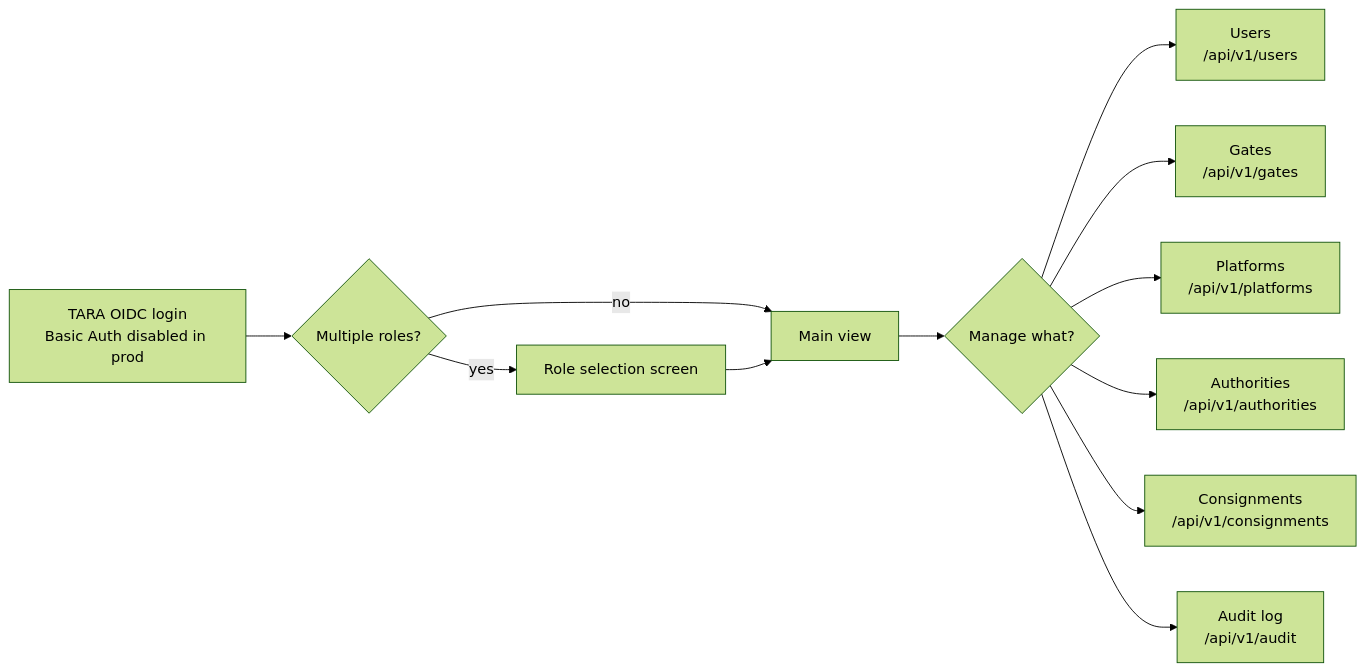
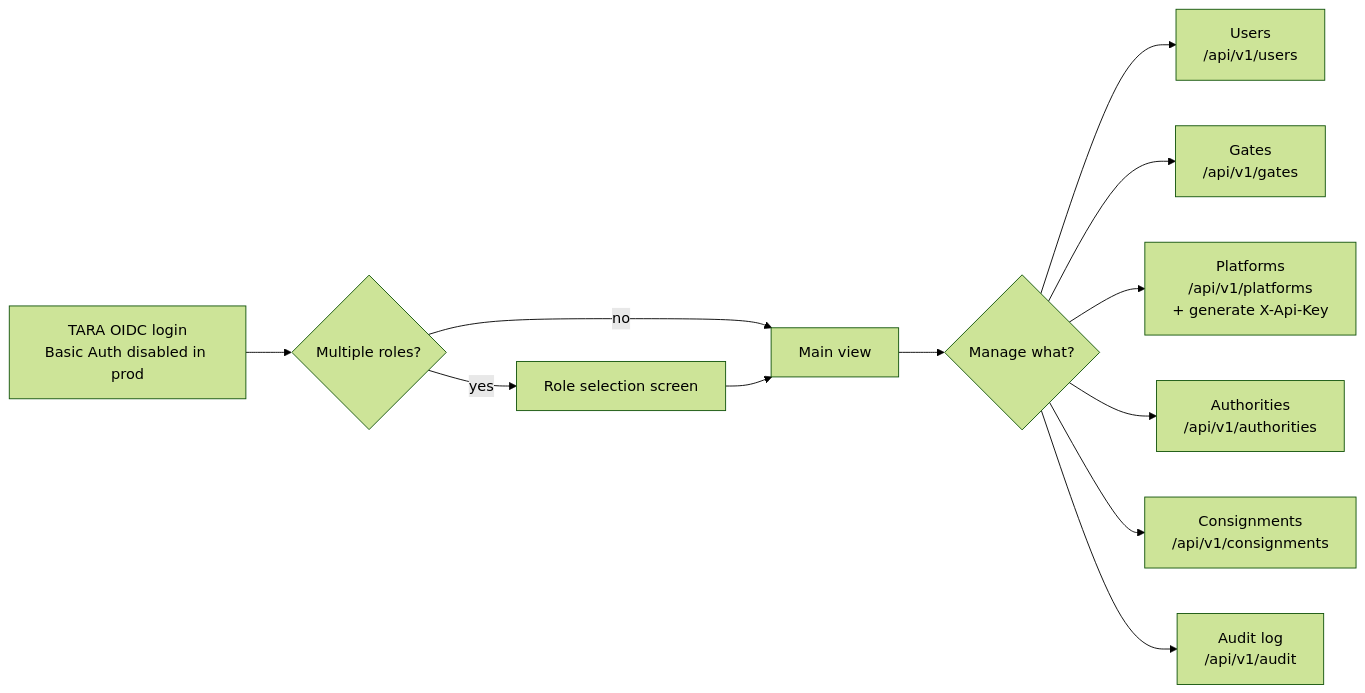
The diagram in docs/architecture/user-interfaces/admin_ui.md (kemit-ee/efti-gate-ee), drawn with Mermaid (forest theme) before and after one commit. The commit also changed other lines of this file and 5 other files, not shown here.

First line of the commit message:
Docs: m2m split + platform API key across specs and architecture

````diff
--- a/docs/architecture/user-interfaces/admin_ui.md
+++ b/docs/architecture/user-interfaces/admin_ui.md
@@ -11,14 +11,14 @@
 ```mermaid
 flowchart LR
     Login[TARA OIDC login<br/>Basic Auth disabled in prod] --> Roles{Multiple roles?}
     Roles -- yes --> Pick[Role selection screen]
     Roles -- no --> Home[Main view]
     Pick --> Home
     Home --> Manage{Manage what?}
     Manage --> Users[Users<br/>/api/v1/users]
     Manage --> Gates[Gates<br/>/api/v1/gates]
-    Manage --> Platforms[Platforms<br/>/api/v1/platforms]
+    Manage --> Platforms[Platforms<br/>/api/v1/platforms<br/>+ generate X-Api-Key]
     Manage --> Authorities[Authorities<br/>/api/v1/authorities]
     Manage --> Cons[Consignments<br/>/api/v1/consignments]
     Manage --> Audit[Audit log<br/>/api/v1/audit]
 ```
````
